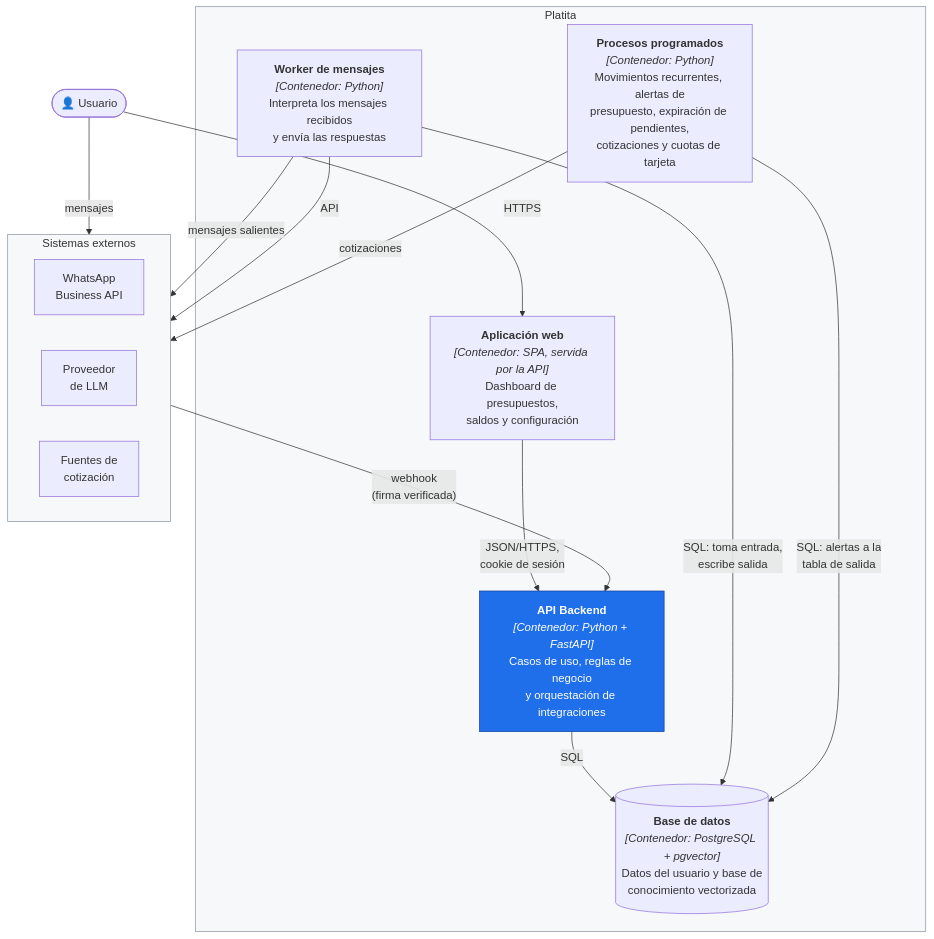
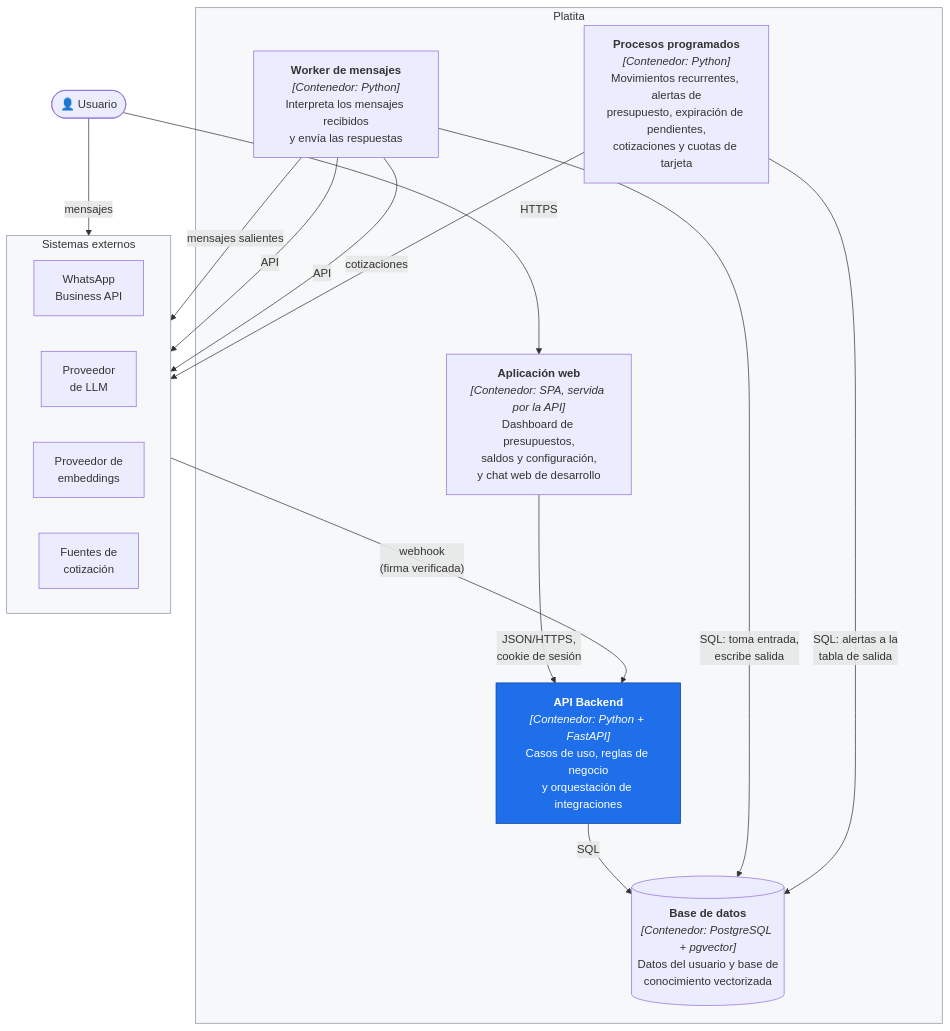
The second of 4 diagrams in docs/02-arquitectura.md (verozacarias-prog/AI4Devs-finalproject), drawn with Mermaid before and after one commit. The commit also changed other lines of this file and 25 other files, not shown here.

````diff
--- a/docs/02-arquitectura.md
+++ b/docs/02-arquitectura.md
@@ -38,34 +40,36 @@
 ```mermaid
 flowchart TB
     USER(["👤 Usuario"])
 
     subgraph EXTERNOS["Sistemas externos"]
         direction LR
         WACLOUD["WhatsApp<br/>Business API"]
         LLM["Proveedor<br/>de LLM"]
+        EMB["Proveedor de<br/>embeddings"]
         FX["Fuentes de<br/>cotización"]
     end
 
     subgraph PLATITA["Platita"]
-        SPA["<b>Aplicación web</b><br/><i>[Contenedor: SPA, servida por la API]</i><br/>Dashboard de presupuestos,<br/>saldos y configuración"]
+        SPA["<b>Aplicación web</b><br/><i>[Contenedor: SPA, servida por la API]</i><br/>Dashboard de presupuestos,<br/>saldos y configuración,<br/>y chat web de desarrollo"]
         API["<b>API Backend</b><br/><i>[Contenedor: Python + FastAPI]</i><br/>Casos de uso, reglas de negocio<br/>y orquestación de integraciones"]
         MSGW["<b>Worker de mensajes</b><br/><i>[Contenedor: Python]</i><br/>Interpreta los mensajes recibidos<br/>y envía las respuestas"]
         WORKER["<b>Procesos programados</b><br/><i>[Contenedor: Python]</i><br/>Movimientos recurrentes, alertas de<br/>presupuesto, expiración de pendientes,<br/>cotizaciones y cuotas de tarjeta"]
         DB[("<b>Base de datos</b><br/><i>[Contenedor: PostgreSQL + pgvector]</i><br/>Datos del usuario y base de<br/>conocimiento vectorizada")]
     end
 
     USER -->|"mensajes"| WACLOUD
     USER -->|"HTTPS"| SPA
     WACLOUD -->|"webhook<br/>(firma verificada)"| API
     MSGW -->|"mensajes salientes"| WACLOUD
     SPA -->|"JSON/HTTPS,<br/>cookie de sesión"| API
     API -->|"SQL"| DB
     MSGW -->|"SQL: toma entrada,<br/>escribe salida"| DB
     MSGW -->|"API"| LLM
+    MSGW -->|"API"| EMB
     WORKER -->|"SQL: alertas a la<br/>tabla de salida"| DB
     WORKER -->|"cotizaciones"| FX
 
     style API fill:#1f6feb,stroke:#0d419d,color:#fff
     style PLATITA fill:#f6f8fa,stroke:#8b949e
     style EXTERNOS fill:#f6f8fa,stroke:#8b949e
 ```
````
